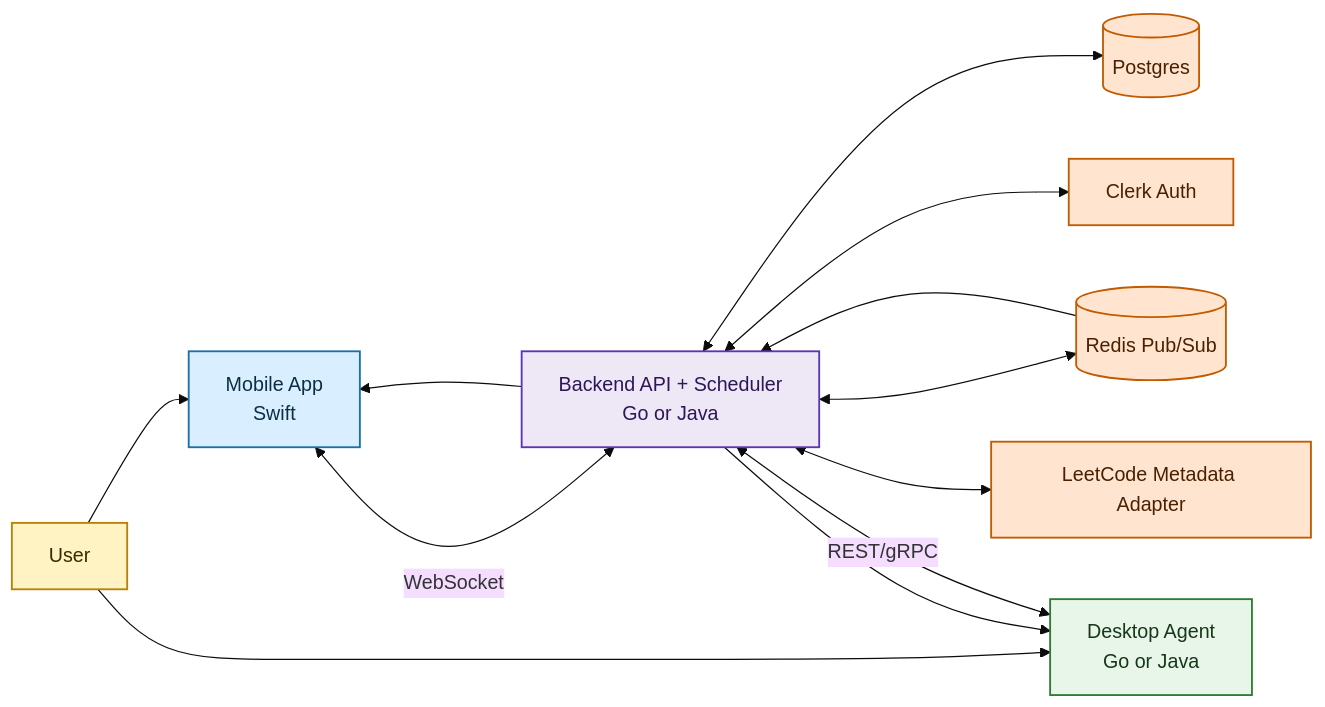
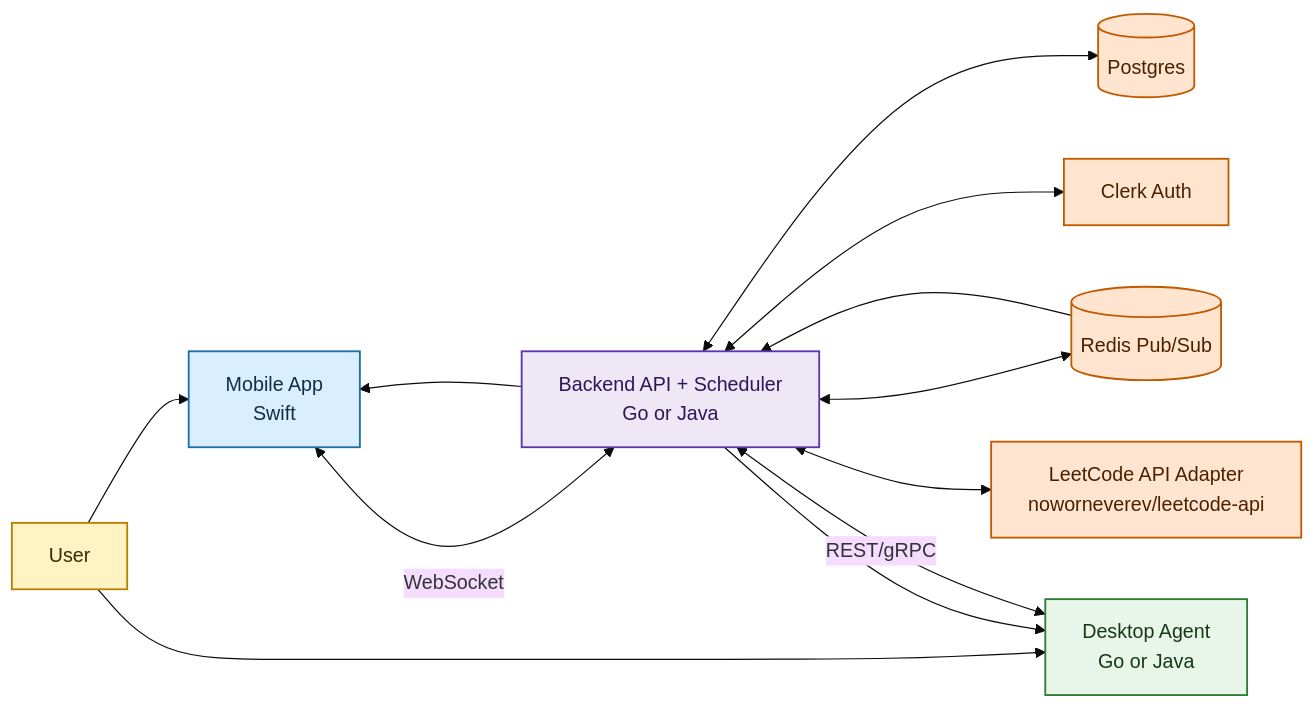
One commit to joewadk/queue_up changed the first of 4 diagrams in README.md. Above: the diagram before and after it, drawn with Mermaid (base theme). The commit also changed other lines of this file, not shown here.

Commit message:
docs: mermaid fix, some directional changes

````diff
--- a/README.md
+++ b/README.md
@@ -13,28 +23,28 @@
 ```mermaid
 flowchart LR
     U[User] --> M[Mobile App<br/>Swift]
     U --> D[Desktop Agent<br/>Go or Java]
 
     M <--> |WebSocket| B[Backend API + Scheduler<br/>Go or Java]
     D <--> |REST/gRPC| B
     B <--> R[(Redis Pub/Sub)]
     B <--> P[(Postgres)]
     B <--> C[Clerk Auth]
-    B <--> L[LeetCode Metadata Adapter]
+    B <--> L[LeetCode API Adapter<br/>noworneverev/leetcode-api]
 
     R --> B
     B --> M
     B --> D
 
     classDef user fill:#FFF3C4,stroke:#B78103,color:#3D2A00,stroke-width:1.5px;
     classDef mobile fill:#D9EFFF,stroke:#1E6FA8,color:#0D2E45,stroke-width:1.5px;
     classDef desktop fill:#E8F5E9,stroke:#2E7D32,color:#163818,stroke-width:1.5px;
     classDef backend fill:#EDE7F6,stroke:#5E35B1,color:#2D1757,stroke-width:1.5px;
     classDef infra fill:#FFE5D0,stroke:#C25B00,color:#4A2000,stroke-width:1.5px;
 
     class U user;
     class M mobile;
     class D desktop;
     class B backend;
     class R,P,C,L infra;
 ```
````
